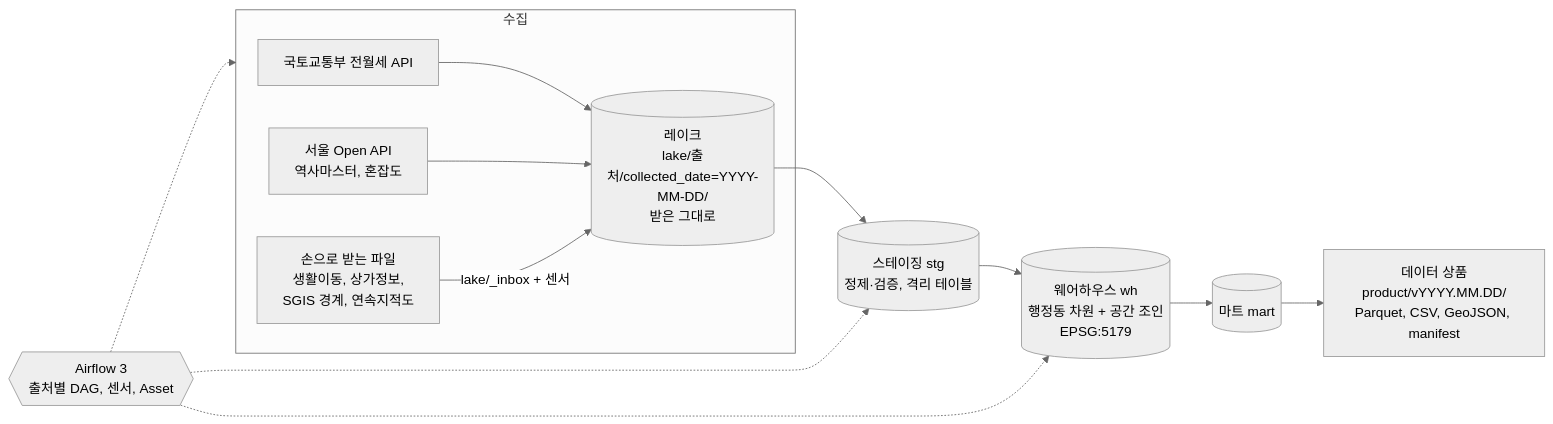
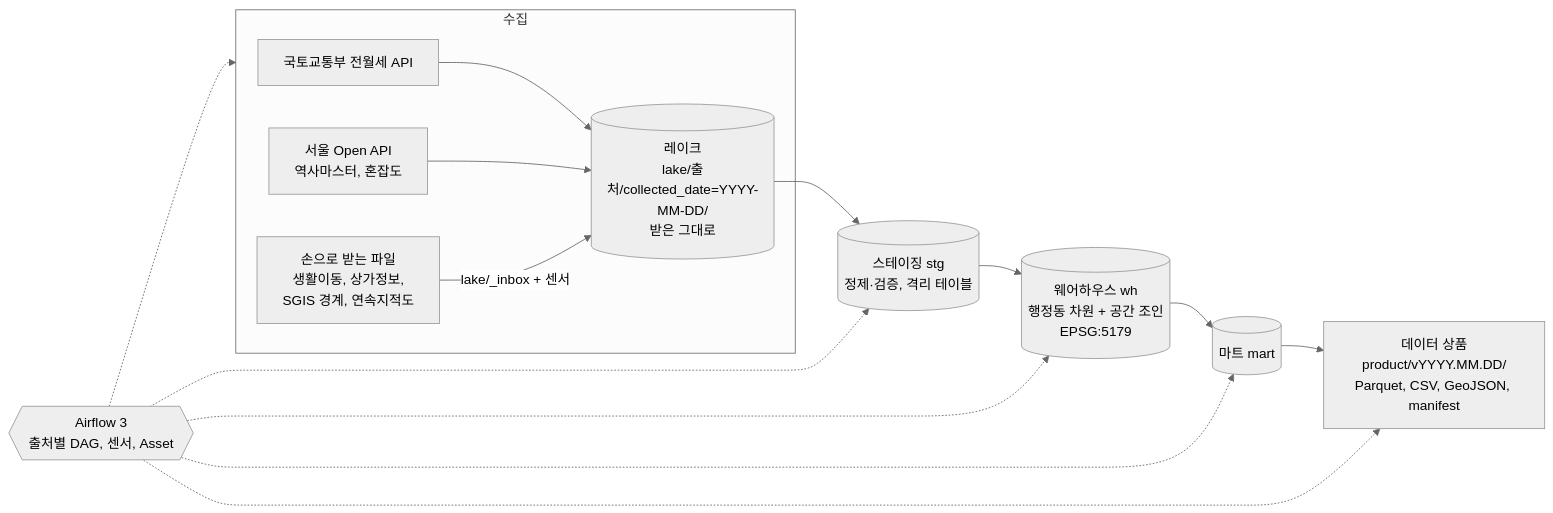
The diagram in README.md (sozerong/home_in_seoul), drawn with Mermaid (neutral theme) before and after one commit. The commit also changed other lines of this file and 7 other files, not shown here.

````diff
--- a/README.md
+++ b/README.md
@@ -9,15 +9,17 @@
 ```mermaid
 flowchart LR
     subgraph 수집
         A1[국토교통부 전월세 API] --> L
         A2[서울 Open API<br>역사마스터, 혼잡도] --> L
         F1[손으로 받는 파일<br>생활이동, 상가정보,<br>SGIS 경계, 연속지적도] -->|lake/_inbox + 센서| L
     end
     L[(레이크<br>lake/출처/collected_date=YYYY-MM-DD/<br>받은 그대로)] --> S
     S[(스테이징 stg<br>정제·검증, 격리 테이블)] --> W
     W[(웨어하우스 wh<br>행정동 차원 + 공간 조인<br>EPSG:5179)] --> M
     M[(마트 mart)] --> P[데이터 상품<br>product/vYYYY.MM.DD/<br>Parquet, CSV, GeoJSON, manifest]
     AF{{Airflow 3<br>출처별 DAG, 센서, Asset}} -.-> 수집
     AF -.-> S
     AF -.-> W
+    AF -.-> M
+    AF -.-> P
 ```
````
